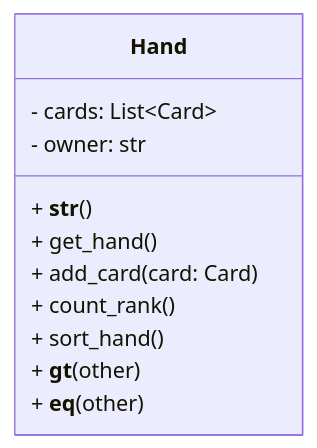
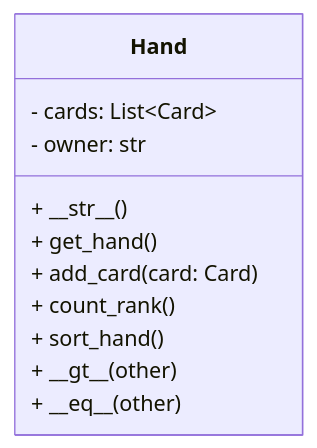
One commit to isf-dp-cs/isf-dp-cs.github.io changed the fourth of 5 diagrams in content/new_syllabus/unit_03_oop/03_polymorphism/_index.md. Above: the diagram before and after it, drawn with Mermaid. The commit also changed other lines of this file and 2 other files, not shown here.

Commit message:
trying to figure out mermaid underline issue

```diff
--- a/content/new_syllabus/unit_03_oop/03_polymorphism/_index.md
+++ b/content/new_syllabus/unit_03_oop/03_polymorphism/_index.md
@@ -232,14 +232,14 @@
 {{< mermaid >}}
 classDiagram
     class Hand {
         - cards: List~Card~
         - owner: str
-        + __str__()
+        + \_\_str__()
         + get_hand()
         + add_card(card: Card)
         + count_rank()
         + sort_hand()
-        + __gt__(other)
-        + __eq__(other)
+        + \_\_gt__(other)
+        + \_\_eq__(other)
     }
 {{< /mermaid >}}
```
